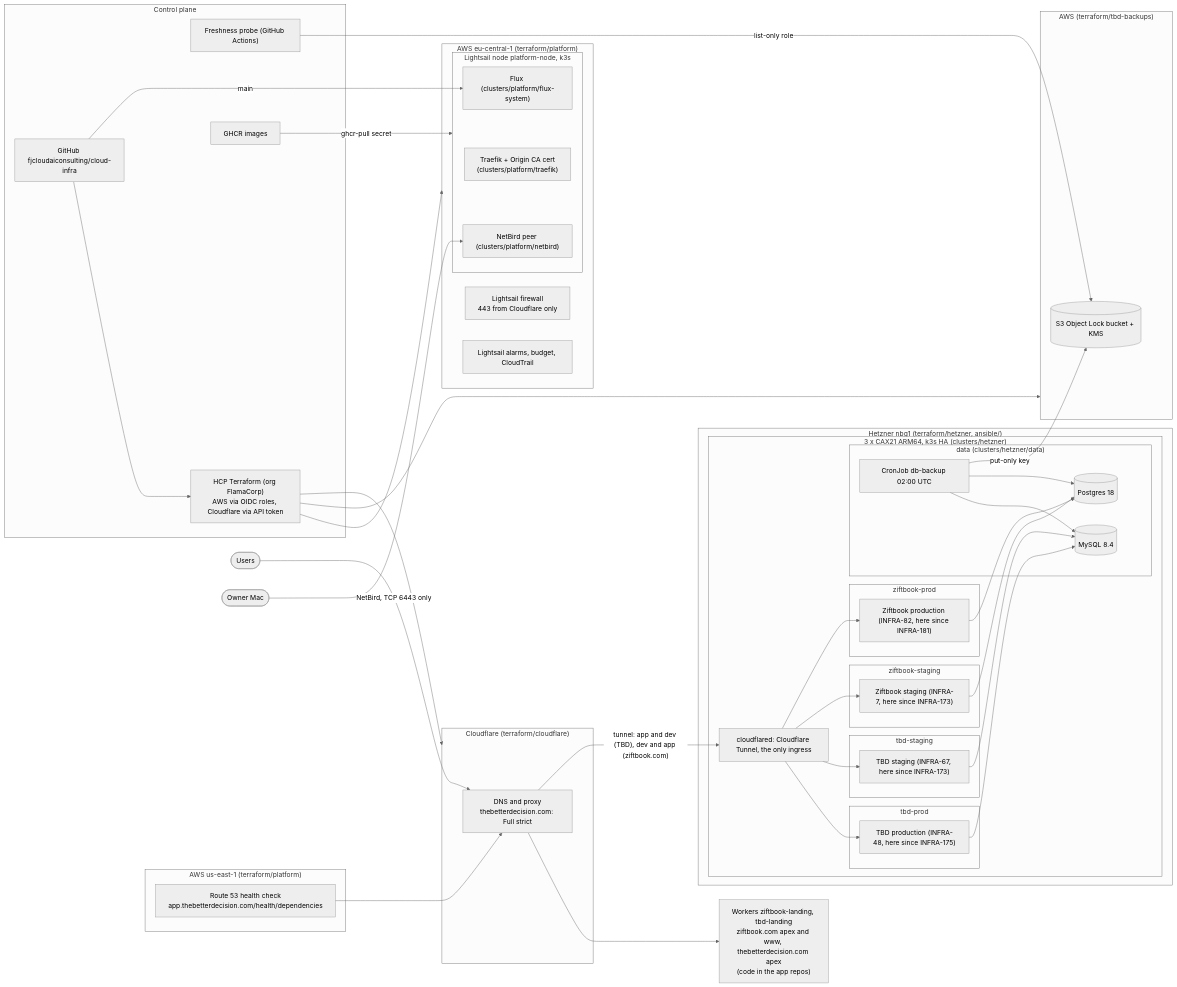
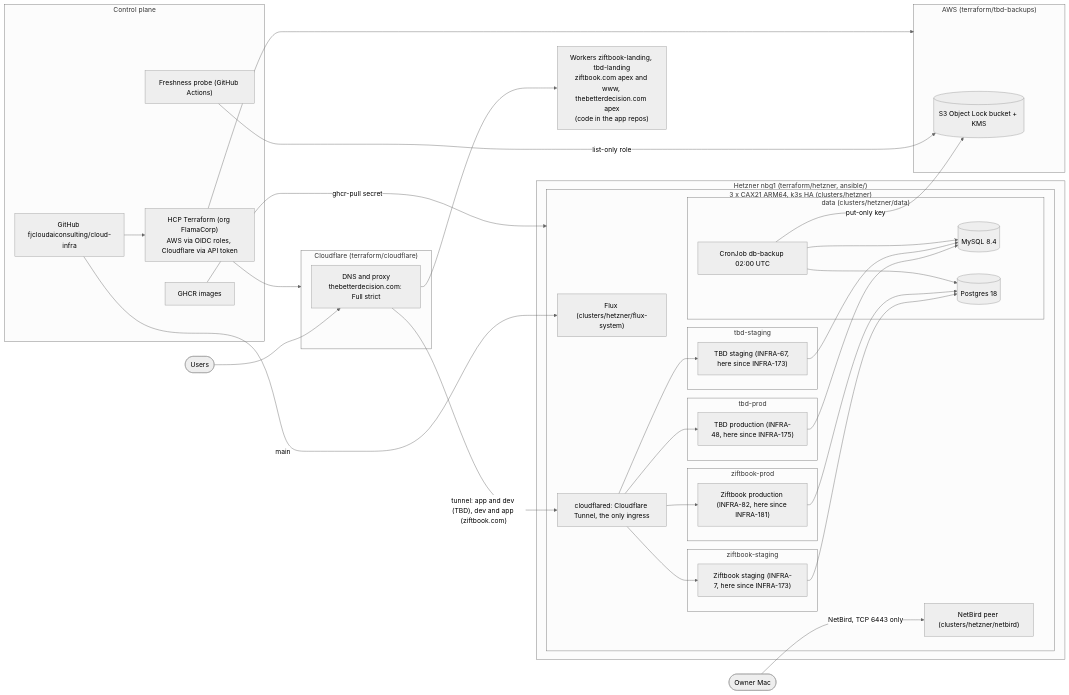
Before and after one commit to fjcloudaiconsulting/aws-infra: the diagram in docs/architecture.md, drawn with Mermaid (neutral theme). The commit also changed other lines of this file and 47 other files, not shown here.

````diff
--- a/docs/architecture.md
+++ b/docs/architecture.md
@@ -7,69 +7,56 @@
 ```mermaid
 flowchart LR
   user([Users]) --> cf
 
   subgraph cloudflare["Cloudflare (terraform/cloudflare)"]
     cf["DNS and proxy<br/>thebetterdecision.com: Full strict"]
   end
   worker["Workers ziftbook-landing, tbd-landing<br/>ziftbook.com apex and www, thebetterdecision.com apex<br/>(code in the app repos)"]
   cf --> worker
 
-  subgraph aws_platform["AWS eu-central-1 (terraform/platform)"]
-    fw["Lightsail firewall<br/>443 from Cloudflare only"]
-    subgraph node["Lightsail node platform-node, k3s"]
-      traefik["Traefik + Origin CA cert<br/>(clusters/platform/traefik)"]
-      flux["Flux (clusters/platform/flux-system)"]
-      netbird["NetBird peer (clusters/platform/netbird)"]
-    end
-    alarms["Lightsail alarms, budget, CloudTrail"]
-  end
-
   subgraph hetzner["Hetzner nbg1 (terraform/hetzner, ansible/)"]
     subgraph hk3s["3 x CAX21 ARM64, k3s HA (clusters/hetzner)"]
       cfd["cloudflared: Cloudflare Tunnel, the only ingress"]
+      flux["Flux (clusters/hetzner/flux-system)"]
+      netbird["NetBird peer (clusters/hetzner/netbird)"]
       subgraph ns_tbdp["tbd-prod"]
         tbdprod["TBD production (INFRA-48, here since INFRA-175)"]
       end
       subgraph ns_tbds["tbd-staging"]
         tbdstg["TBD staging (INFRA-67, here since INFRA-173)"]
       end
       subgraph ns_zif["ziftbook-staging"]
         zifapp["Ziftbook staging (INFRA-7, here since INFRA-173)"]
       end
       subgraph ns_zifp["ziftbook-prod"]
         zifprod["Ziftbook production (INFRA-82, here since INFRA-181)"]
       end
       subgraph hdata["data (clusters/hetzner/data)"]
         hmysql[("MySQL 8.4")]
         hpostgres[("Postgres 18")]
         hbackup["CronJob db-backup 02:00 UTC"]
       end
     end
   end
   cf -->|"tunnel: app and dev (TBD), dev and app (ziftbook.com)"| cfd --> tbdprod & tbdstg & zifapp & zifprod
   tbdprod & tbdstg --> hmysql
   zifapp & zifprod --> hpostgres
   hbackup --> hmysql & hpostgres
 
   subgraph aws_backups["AWS (terraform/tbd-backups)"]
     bucket[("S3 Object Lock bucket + KMS")]
   end
   hbackup -->|"put-only key"| bucket
   probe -->|"list-only role"| bucket
 
-  subgraph useast["AWS us-east-1 (terraform/platform)"]
-    hc["Route 53 health check<br/>app.thebetterdecision.com/health/dependencies"]
-  end
-  hc --> cf
-
   subgraph control["Control plane"]
     gh["GitHub fjcloudaiconsulting/cloud-infra"]
     tfc["HCP Terraform (org FlamaCorp)<br/>AWS via OIDC roles, Cloudflare via API token"]
     ghcr["GHCR images"]
     probe["Freshness probe (GitHub Actions)"]
   end
-  gh --> tfc --> aws_platform & aws_backups & cloudflare
+  gh --> tfc --> aws_backups & cloudflare
   gh -->|"main"| flux
-  ghcr -->|"ghcr-pull secret"| node
+  ghcr -->|"ghcr-pull secret"| hk3s
   owner([Owner Mac]) -->|"NetBird, TCP 6443 only"| netbird
 ```
````
